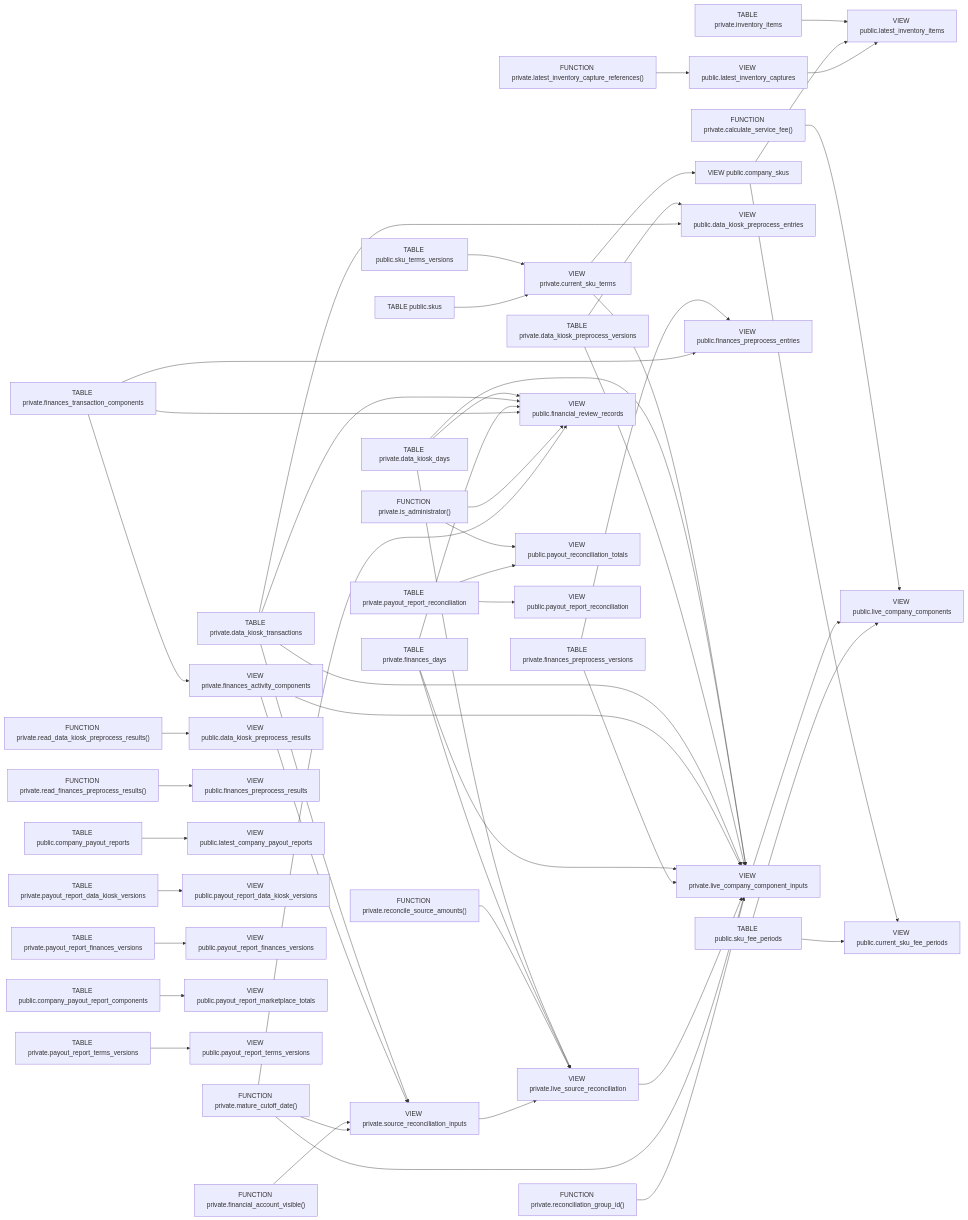
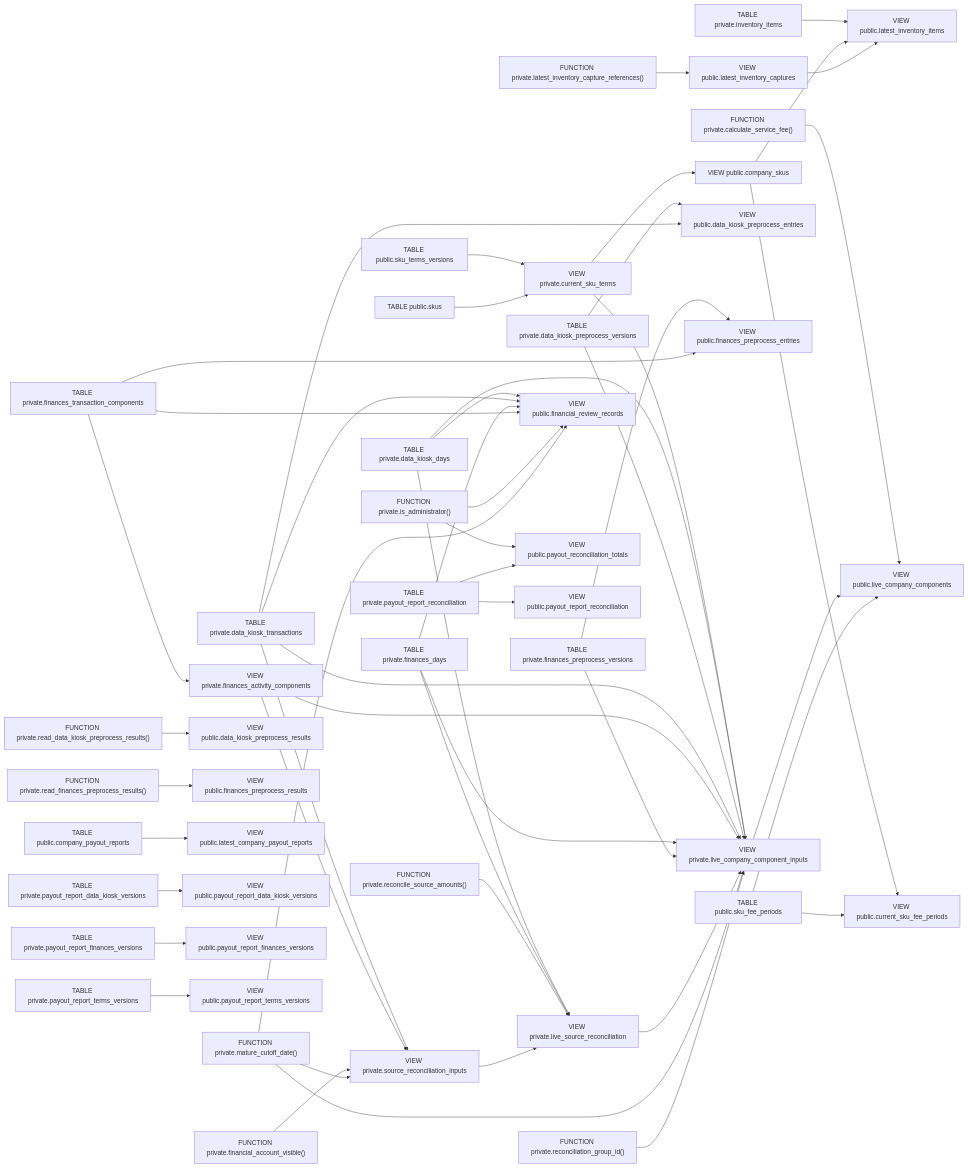
One commit to qwercxzsda/A-SelBox changed the diagram in docs/figures/database/11-views.mmd. Above: the diagram before and after it, drawn with Mermaid. The commit also changed 127 other files, not shown here.

First line of the commit message:
feat: scope payout reports and financial review by marketplace

```diff
--- a/docs/figures/database/11-views.mmd
+++ b/docs/figures/database/11-views.mmd
@@ -1,99 +1,96 @@
 flowchart LR
     private_calculate_service_fee__["FUNCTION private.calculate_service_fee()"]
     private_current_sku_terms["VIEW private.current_sku_terms"]
     private_data_kiosk_days["TABLE private.data_kiosk_days"]
     private_data_kiosk_preprocess_versions["TABLE private.data_kiosk_preprocess_versions"]
     private_data_kiosk_transactions["TABLE private.data_kiosk_transactions"]
     private_finances_activity_components["VIEW private.finances_activity_components"]
     private_finances_days["TABLE private.finances_days"]
     private_finances_preprocess_versions["TABLE private.finances_preprocess_versions"]
     private_finances_transaction_components["TABLE private.finances_transaction_components"]
     private_financial_account_visible__["FUNCTION private.financial_account_visible()"]
     private_inventory_items["TABLE private.inventory_items"]
     private_is_administrator__["FUNCTION private.is_administrator()"]
     private_latest_inventory_capture_references__["FUNCTION private.latest_inventory_capture_references()"]
     private_live_company_component_inputs["VIEW private.live_company_component_inputs"]
     private_live_source_reconciliation["VIEW private.live_source_reconciliation"]
     private_mature_cutoff_date__["FUNCTION private.mature_cutoff_date()"]
     private_payout_report_data_kiosk_versions["TABLE private.payout_report_data_kiosk_versions"]
     private_payout_report_finances_versions["TABLE private.payout_report_finances_versions"]
     private_payout_report_reconciliation["TABLE private.payout_report_reconciliation"]
     private_payout_report_terms_versions["TABLE private.payout_report_terms_versions"]
     private_read_data_kiosk_preprocess_results__["FUNCTION private.read_data_kiosk_preprocess_results()"]
     private_read_finances_preprocess_results__["FUNCTION private.read_finances_preprocess_results()"]
     private_reconcile_source_amounts__["FUNCTION private.reconcile_source_amounts()"]
     private_reconciliation_group_id__["FUNCTION private.reconciliation_group_id()"]
     private_source_reconciliation_inputs["VIEW private.source_reconciliation_inputs"]
-    public_company_payout_report_components["TABLE public.company_payout_report_components"]
     public_company_payout_reports["TABLE public.company_payout_reports"]
     public_company_skus["VIEW public.company_skus"]
     public_current_sku_fee_periods["VIEW public.current_sku_fee_periods"]
     public_data_kiosk_preprocess_entries["VIEW public.data_kiosk_preprocess_entries"]
     public_data_kiosk_preprocess_results["VIEW public.data_kiosk_preprocess_results"]
     public_finances_preprocess_entries["VIEW public.finances_preprocess_entries"]
     public_finances_preprocess_results["VIEW public.finances_preprocess_results"]
     public_financial_review_records["VIEW public.financial_review_records"]
     public_latest_company_payout_reports["VIEW public.latest_company_payout_reports"]
     public_latest_inventory_captures["VIEW public.latest_inventory_captures"]
     public_latest_inventory_items["VIEW public.latest_inventory_items"]
     public_live_company_components["VIEW public.live_company_components"]
     public_payout_reconciliation_totals["VIEW public.payout_reconciliation_totals"]
     public_payout_report_data_kiosk_versions["VIEW public.payout_report_data_kiosk_versions"]
     public_payout_report_finances_versions["VIEW public.payout_report_finances_versions"]
-    public_payout_report_marketplace_totals["VIEW public.payout_report_marketplace_totals"]
     public_payout_report_reconciliation["VIEW public.payout_report_reconciliation"]
     public_payout_report_terms_versions["VIEW public.payout_report_terms_versions"]
     public_sku_fee_periods["TABLE public.sku_fee_periods"]
     public_sku_terms_versions["TABLE public.sku_terms_versions"]
     public_skus["TABLE public.skus"]
     public_sku_terms_versions --> private_current_sku_terms
     public_skus --> private_current_sku_terms
     private_finances_transaction_components --> private_finances_activity_components
     private_current_sku_terms --> private_live_company_component_inputs
     private_data_kiosk_days --> private_live_company_component_inputs
     private_data_kiosk_preprocess_versions --> private_live_company_component_inputs
     private_data_kiosk_transactions --> private_live_company_component_inputs
     private_finances_activity_components --> private_live_company_component_inputs
     private_finances_days --> private_live_company_component_inputs
     private_finances_preprocess_versions --> private_live_company_component_inputs
     private_live_source_reconciliation --> private_live_company_component_inputs
     private_mature_cutoff_date__ --> private_live_company_component_inputs
     private_reconciliation_group_id__ --> private_live_company_component_inputs
     private_data_kiosk_days --> private_live_source_reconciliation
     private_finances_days --> private_live_source_reconciliation
     private_reconcile_source_amounts__ --> private_live_source_reconciliation
     private_source_reconciliation_inputs --> private_live_source_reconciliation
     private_data_kiosk_transactions --> private_source_reconciliation_inputs
     private_finances_activity_components --> private_source_reconciliation_inputs
     private_financial_account_visible__ --> private_source_reconciliation_inputs
     private_mature_cutoff_date__ --> private_source_reconciliation_inputs
     private_current_sku_terms --> public_company_skus
     public_company_skus --> public_current_sku_fee_periods
     public_sku_fee_periods --> public_current_sku_fee_periods
     private_data_kiosk_preprocess_versions --> public_data_kiosk_preprocess_entries
     private_data_kiosk_transactions --> public_data_kiosk_preprocess_entries
     private_read_data_kiosk_preprocess_results__ --> public_data_kiosk_preprocess_results
     private_finances_preprocess_versions --> public_finances_preprocess_entries
     private_finances_transaction_components --> public_finances_preprocess_entries
     private_read_finances_preprocess_results__ --> public_finances_preprocess_results
     private_data_kiosk_days --> public_financial_review_records
     private_data_kiosk_transactions --> public_financial_review_records
     private_finances_days --> public_financial_review_records
     private_finances_transaction_components --> public_financial_review_records
     private_is_administrator__ --> public_financial_review_records
     private_mature_cutoff_date__ --> public_financial_review_records
     public_company_payout_reports --> public_latest_company_payout_reports
     private_latest_inventory_capture_references__ --> public_latest_inventory_captures
     private_inventory_items --> public_latest_inventory_items
     public_company_skus --> public_latest_inventory_items
     public_latest_inventory_captures --> public_latest_inventory_items
     private_calculate_service_fee__ --> public_live_company_components
     private_live_company_component_inputs --> public_live_company_components
     public_sku_fee_periods --> public_live_company_components
     private_is_administrator__ --> public_payout_reconciliation_totals
     private_payout_report_reconciliation --> public_payout_reconciliation_totals
     private_payout_report_data_kiosk_versions --> public_payout_report_data_kiosk_versions
     private_payout_report_finances_versions --> public_payout_report_finances_versions
-    public_company_payout_report_components --> public_payout_report_marketplace_totals
     private_payout_report_reconciliation --> public_payout_report_reconciliation
     private_payout_report_terms_versions --> public_payout_report_terms_versions
```
